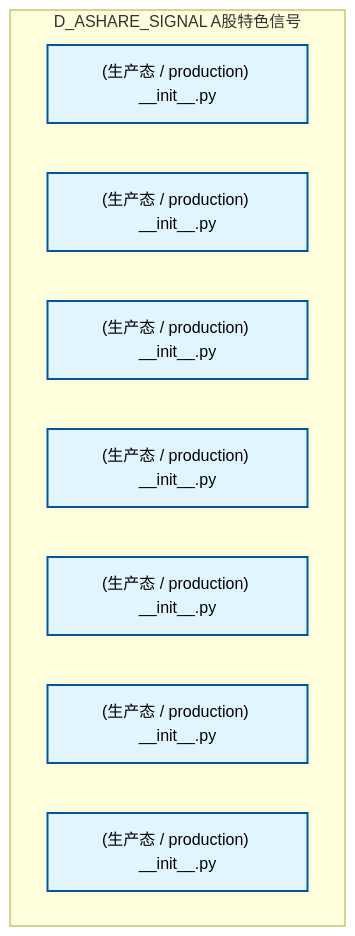
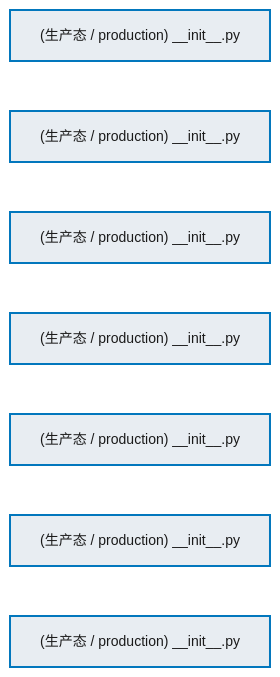
One commit to xuanFelixVan/ZephyrAlpha changed the first of 3 diagrams in docs/02_enterprise_architecture/02_domain_architecture_docs/32_d_ashare_signal.md. Above: the diagram before and after it, drawn with Mermaid. The commit also changed other lines of this file and 76 other files, not shown here.

````diff
--- a/docs/02_enterprise_architecture/02_domain_architecture_docs/32_d_ashare_signal.md
+++ b/docs/02_enterprise_architecture/02_domain_architecture_docs/32_d_ashare_signal.md
@@ -67,17 +67,22 @@
 ```mermaid
-graph TD
-    subgraph D_ASHARE_SIGNAL["D_ASHARE_SIGNAL A股特色信号"]
-        src_zephyr_signal_ashare_init_py["(生产态 / production) __init__.py"]
-        src_zephyr_signal_ashare_extensions_init_py["(生产态 / production) __init__.py"]
-        src_zephyr_signal_ashare_api_init_py["(生产态 / production) __init__.py"]
-        src_zephyr_signal_ashare_core_init_py["(生产态 / production) __init__.py"]
-        src_zephyr_signal_ashare_infrastructure_init_py["(生产态 / production) __init__.py"]
-        src_zephyr_signal_ashare_models_init_py["(生产态 / production) __init__.py"]
-        src_zephyr_signal_ashare_services_init_py["(生产态 / production) __init__.py"]
-    end
-    classDef production fill:#e1f5fe,stroke:#01579b,stroke-width:2px,color:#000
-    classDef design fill:#fff3e0,stroke:#e65100,stroke-width:2px,color:#000,stroke-dasharray: 5 5
-    classDef external_prod fill:#e8f5e9,stroke:#1b5e20,stroke-width:1px,color:#000
-    classDef external_design fill:#fce4ec,stroke:#880e4f,stroke-width:1px,color:#000,stroke-dasharray: 5 5
+%%{init: {'theme': 'base', 'themeVariables': {'primaryColor': '#eaeaea', 'primaryTextColor': '#333333', 'primaryBorderColor': '#666666', 'lineColor': '#666666', 'secondaryColor': '#eaeaea', 'tertiaryColor': '#eaeaea', 'fontSize': '14px'}}}%%
+flowchart TD
+    src_zephyr_signal_ashare_init_py["(生产态 / production) __init__.py"]
+    src_zephyr_signal_ashare_extensions_init_py["(生产态 / production) __init__.py"]
+    src_zephyr_signal_ashare_api_init_py["(生产态 / production) __init__.py"]
+    src_zephyr_signal_ashare_core_init_py["(生产态 / production) __init__.py"]
+    src_zephyr_signal_ashare_infrastructure_init_py["(生产态 / production) __init__.py"]
+    src_zephyr_signal_ashare_models_init_py["(生产态 / production) __init__.py"]
+    src_zephyr_signal_ashare_services_init_py["(生产态 / production) __init__.py"]
+    src_zephyr_signal_ashare_init_py ~~~ src_zephyr_signal_ashare_extensions_init_py
+    src_zephyr_signal_ashare_extensions_init_py ~~~ src_zephyr_signal_ashare_api_init_py
+    src_zephyr_signal_ashare_api_init_py ~~~ src_zephyr_signal_ashare_core_init_py
+    src_zephyr_signal_ashare_core_init_py ~~~ src_zephyr_signal_ashare_infrastructure_init_py
+    src_zephyr_signal_ashare_infrastructure_init_py ~~~ src_zephyr_signal_ashare_models_init_py
+    src_zephyr_signal_ashare_models_init_py ~~~ src_zephyr_signal_ashare_services_init_py
+    classDef production fill:#e8edf2,stroke:#0277bd,stroke-width:2px,color:#1a1a1a
+    classDef design fill:#f0ebe3,stroke:#bf360c,stroke-width:2px,color:#1a1a1a,stroke-dasharray: 5 5
+    classDef external_prod fill:#e8efe9,stroke:#1b5e20,stroke-width:1px,color:#1a1a1a
+    classDef external_design fill:#efe5ea,stroke:#880e4f,stroke-width:1px,color:#1a1a1a,stroke-dasharray: 5 5
     class src_zephyr_signal_ashare_init_py,src_zephyr_signal_ashare_extensions_init_py,src_zephyr_signal_ashare_api_init_py,src_zephyr_signal_ashare_core_init_py,src_zephyr_signal_ashare_infrastructure_init_py,src_zephyr_signal_ashare_models_init_py,src_zephyr_signal_ashare_services_init_py production
 ```
````
